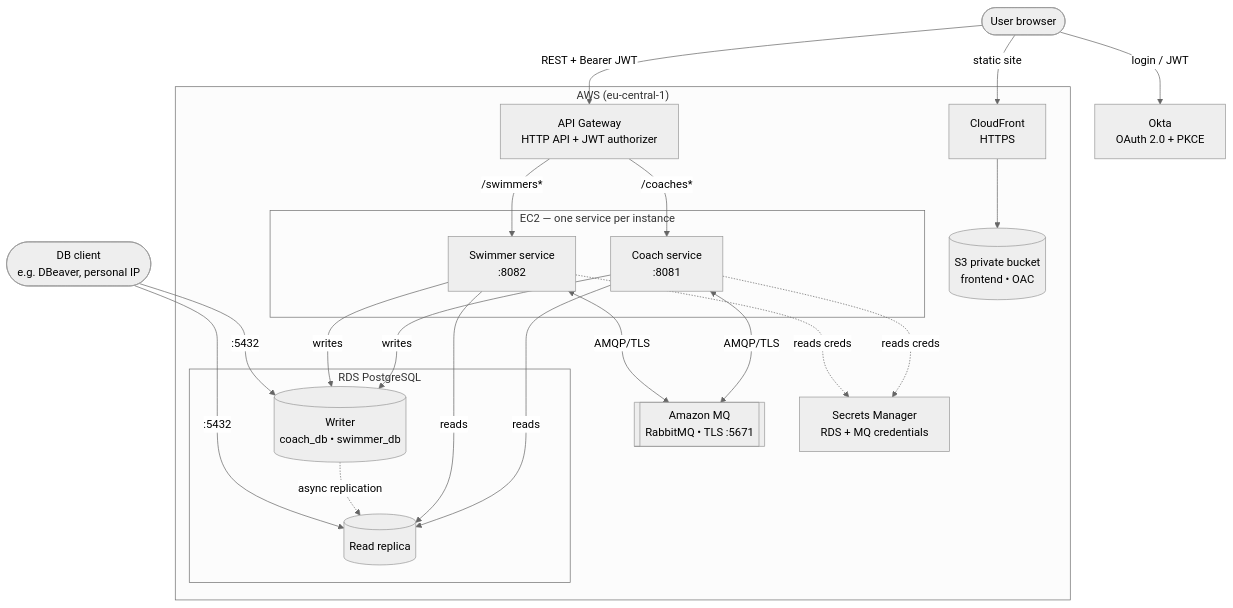
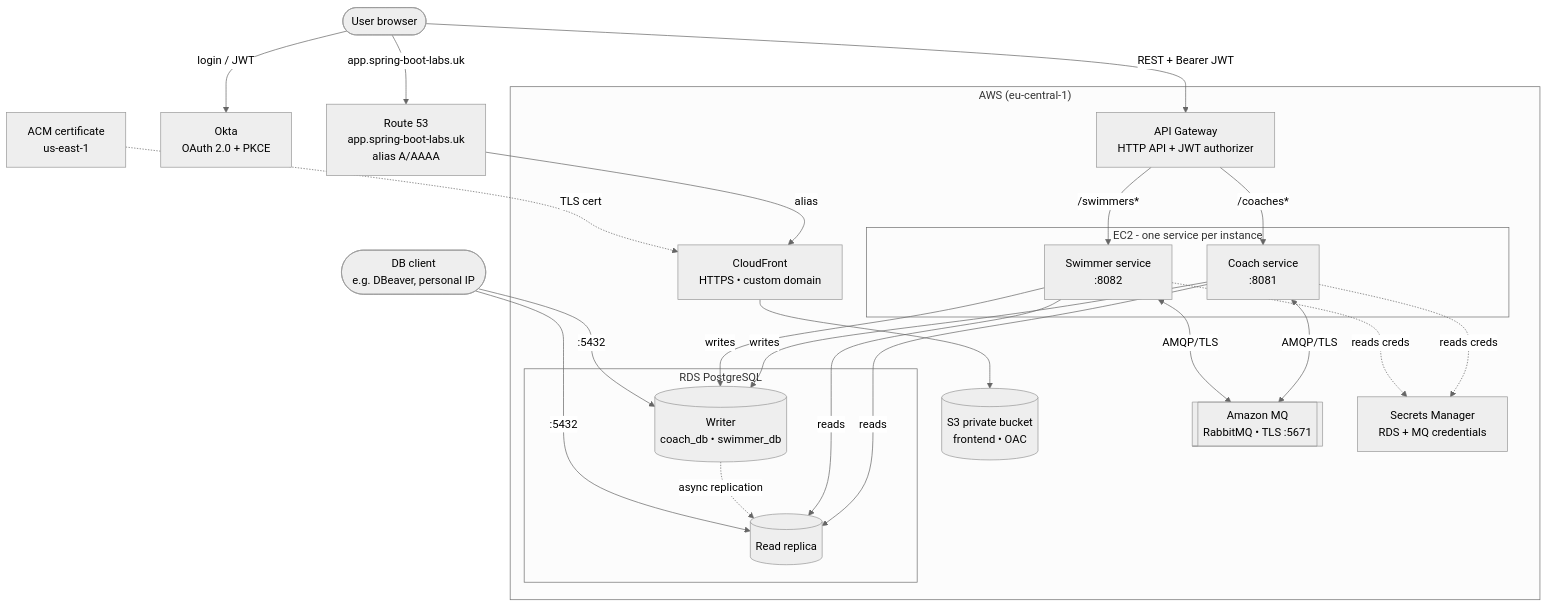
The first of 2 diagrams in README.md (Winetq/spring-boot-labs), drawn with Mermaid (neutral theme) before and after one commit. The commit also changed other lines of this file and 8 other files, not shown here.

Commit message:
Configure Route 53 and ACM

````diff
--- a/README.md
+++ b/README.md
@@ -82,48 +85,51 @@
 ```mermaid
 flowchart TB
     User([User browser])
     Okta[Okta<br/>OAuth 2.0 + PKCE]
     DBeaver([DB client<br/>e.g. DBeaver, personal IP])
 
     User -->|login / JWT| Okta
 
     subgraph AWS["AWS (eu-central-1)"]
-        CF[CloudFront<br/>HTTPS]
+        CF[CloudFront<br/>HTTPS • custom domain]
         S3[(S3 private bucket<br/>frontend • OAC)]
         APIGW[API Gateway<br/>HTTP API + JWT authorizer]
 
-        subgraph EC2s["EC2 — one service per instance"]
+        subgraph EC2s["EC2 - one service per instance"]
             Coach[Coach service<br/>:8081]
             Swimmer[Swimmer service<br/>:8082]
         end
 
         MQ[[Amazon MQ<br/>RabbitMQ • TLS :5671]]
 
         subgraph RDS["RDS PostgreSQL"]
             Writer[(Writer<br/>coach_db • swimmer_db)]
             Replica[(Read replica)]
         end
 
         SM[Secrets Manager<br/>RDS + MQ credentials]
     end
 
-    User -->|static site| CF --> S3
+    User -->|app.spring-boot-labs.uk| DNS[Route 53<br/>app.spring-boot-labs.uk<br/>alias A/AAAA]
+    DNS -->|alias| CF
+    CF --> S3
+    ACM[ACM certificate<br/>us-east-1] -. TLS cert .-> CF
     User -->|REST + Bearer JWT| APIGW
     APIGW -->|/coaches*| Coach
     APIGW -->|/swimmers*| Swimmer
 
     Coach <-->|AMQP/TLS| MQ
     Swimmer <-->|AMQP/TLS| MQ
 
     Coach -->|writes| Writer
     Swimmer -->|writes| Writer
     Coach -->|reads| Replica
     Swimmer -->|reads| Replica
     Writer -. async replication .-> Replica
 
     Coach -. reads creds .-> SM
     Swimmer -. reads creds .-> SM
 
     DBeaver -->|:5432| Writer
     DBeaver -->|:5432| Replica
 ```
````
